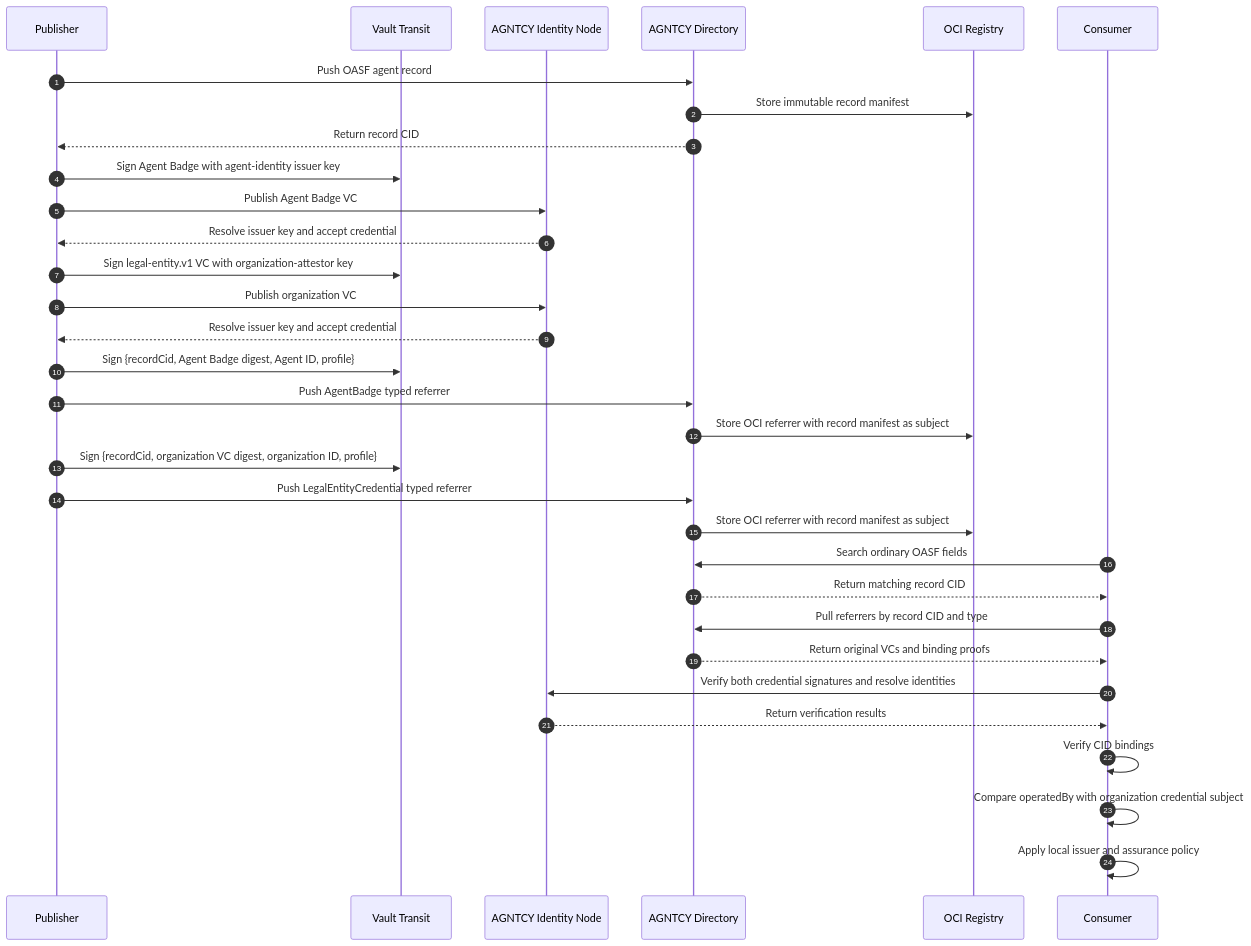
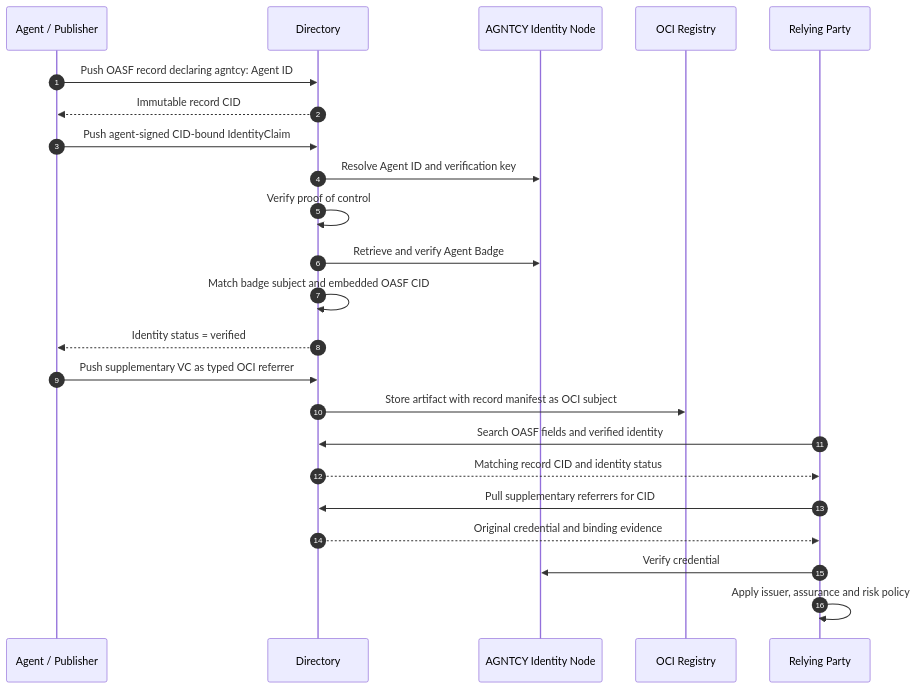
One commit to agntcy/agent-identity-demos changed the diagram in oci-typed-artifacts-poc/DRAFT-DIRECTORY-MAINTAINER-COMMENT.md. Above: the diagram before and after it, drawn with Mermaid. The commit also changed other lines of this file, not shown here.

Commit message:
Document IdentityClaim and OCI referrer prototypes

````diff
--- a/oci-typed-artifacts-poc/DRAFT-DIRECTORY-MAINTAINER-COMMENT.md
+++ b/oci-typed-artifacts-poc/DRAFT-DIRECTORY-MAINTAINER-COMMENT.md
@@ -33,40 +78,28 @@
 ```mermaid
 sequenceDiagram
     autonumber
-    participant P as Publisher
-    participant V as Vault Transit
+    participant A as Agent / Publisher
+    participant D as Directory
     participant I as AGNTCY Identity Node
-    participant D as AGNTCY Directory
     participant O as OCI Registry
-    participant C as Consumer
+    participant R as Relying Party
 
-    P->>D: Push OASF agent record
-    D->>O: Store immutable record manifest
-    D-->>P: Return record CID
+    A->>D: Push OASF record declaring agntcy: Agent ID
+    D-->>A: Immutable record CID
+    A->>D: Push agent-signed CID-bound IdentityClaim
+    D->>I: Resolve Agent ID and verification key
+    D->>D: Verify proof of control
+    D->>I: Retrieve and verify Agent Badge
+    D->>D: Match badge subject and embedded OASF CID
+    D-->>A: Identity status = verified
 
-    P->>V: Sign Agent Badge with agent-identity issuer key
-    P->>I: Publish Agent Badge VC
-    I-->>P: Resolve issuer key and accept credential
+    A->>D: Push supplementary VC as typed OCI referrer
+    D->>O: Store artifact with record manifest as OCI subject
 
-    P->>V: Sign legal-entity.v1 VC with organization-attestor key
-    P->>I: Publish organization VC
-    I-->>P: Resolve issuer key and accept credential
-
-    P->>V: Sign {recordCid, Agent Badge digest, Agent ID, profile}
-    P->>D: Push AgentBadge typed referrer
-    D->>O: Store OCI referrer with record manifest as subject
-
-    P->>V: Sign {recordCid, organization VC digest, organization ID, profile}
-    P->>D: Push LegalEntityCredential typed referrer
-    D->>O: Store OCI referrer with record manifest as subject
-
-    C->>D: Search ordinary OASF fields
-    D-->>C: Return matching record CID
-    C->>D: Pull referrers by record CID and type
-    D-->>C: Return original VCs and binding proofs
-    C->>I: Verify both credential signatures and resolve identities
-    I-->>C: Return verification results
-    C->>C: Verify CID bindings
-    C->>C: Compare operatedBy with organization credential subject
-    C->>C: Apply local issuer and assurance policy
+    R->>D: Search OASF fields and verified identity
+    D-->>R: Matching record CID and identity status
+    R->>D: Pull supplementary referrers for CID
+    D-->>R: Original credential and binding evidence
+    R->>I: Verify credential
+    R->>R: Apply issuer, assurance and risk policy
 ```
````
